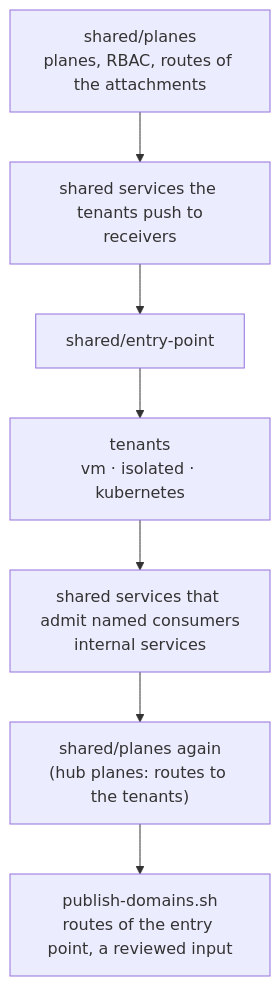
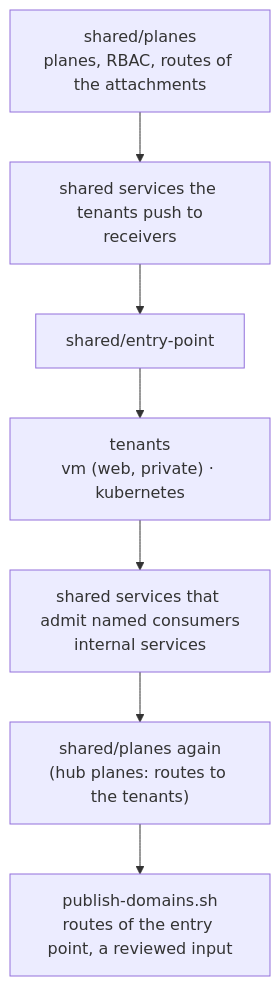
One commit to CyprisTech/openstack-multitenant-reference changed the sixth of 6 diagrams in docs/concepts/architecture.md. Above: the diagram before and after it, drawn with Mermaid. The commit also changed other lines of this file and 21 other files, not shown here.

First line of the commit message:
Docs: the private tenant, several tenants of a stack, diagrams

````diff
--- a/docs/concepts/architecture.md
+++ b/docs/concepts/architecture.md
@@ -255,11 +255,11 @@
 ```mermaid
 flowchart TB
     P["shared/planes<br/>planes, RBAC, routes of the attachments"]
     S["shared services the tenants push to<br/>receivers"]
     E["shared/entry-point"]
-    T["tenants<br/>vm · isolated · kubernetes"]
+    T["tenants<br/>vm (web, private) · kubernetes"]
     S2["shared services that admit named consumers<br/>internal services"]
     P2["shared/planes again<br/>(hub planes: routes to the tenants)"]
     D["publish-domains.sh<br/>routes of the entry point, a reviewed input"]
     P --> S --> E --> T --> S2 --> P2 --> D
 ```
````
